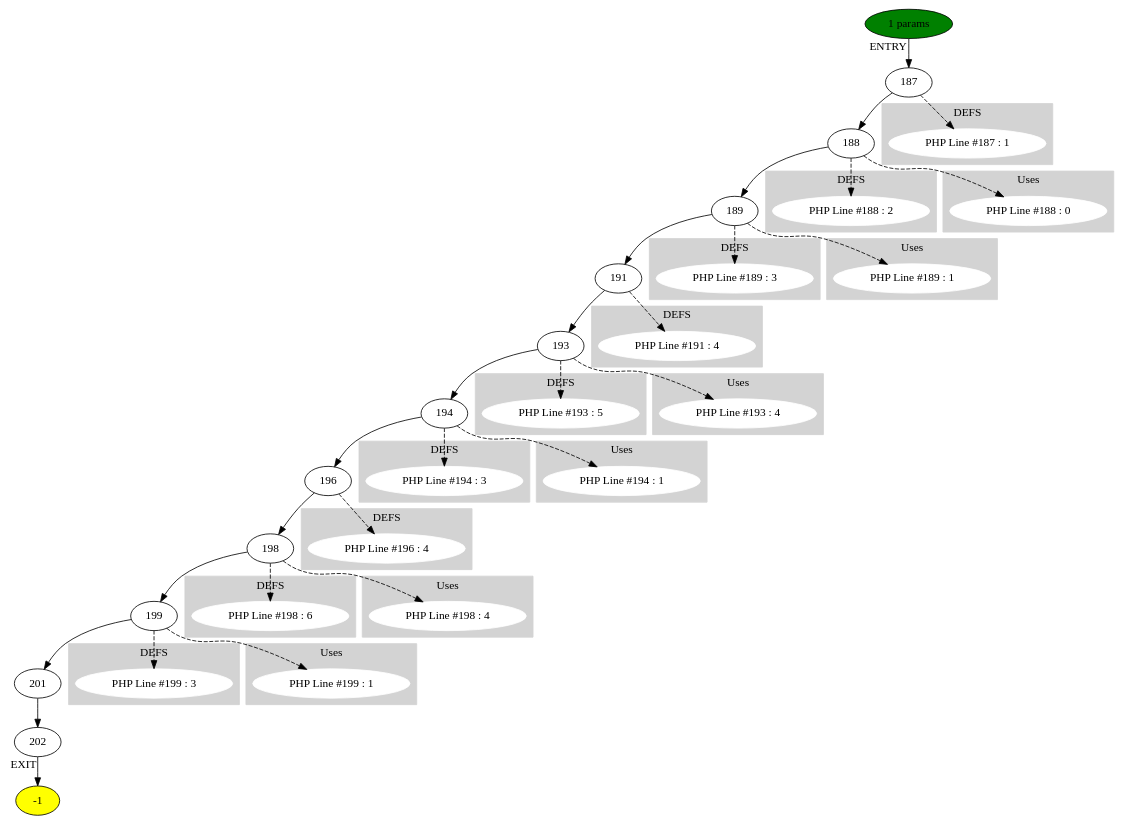
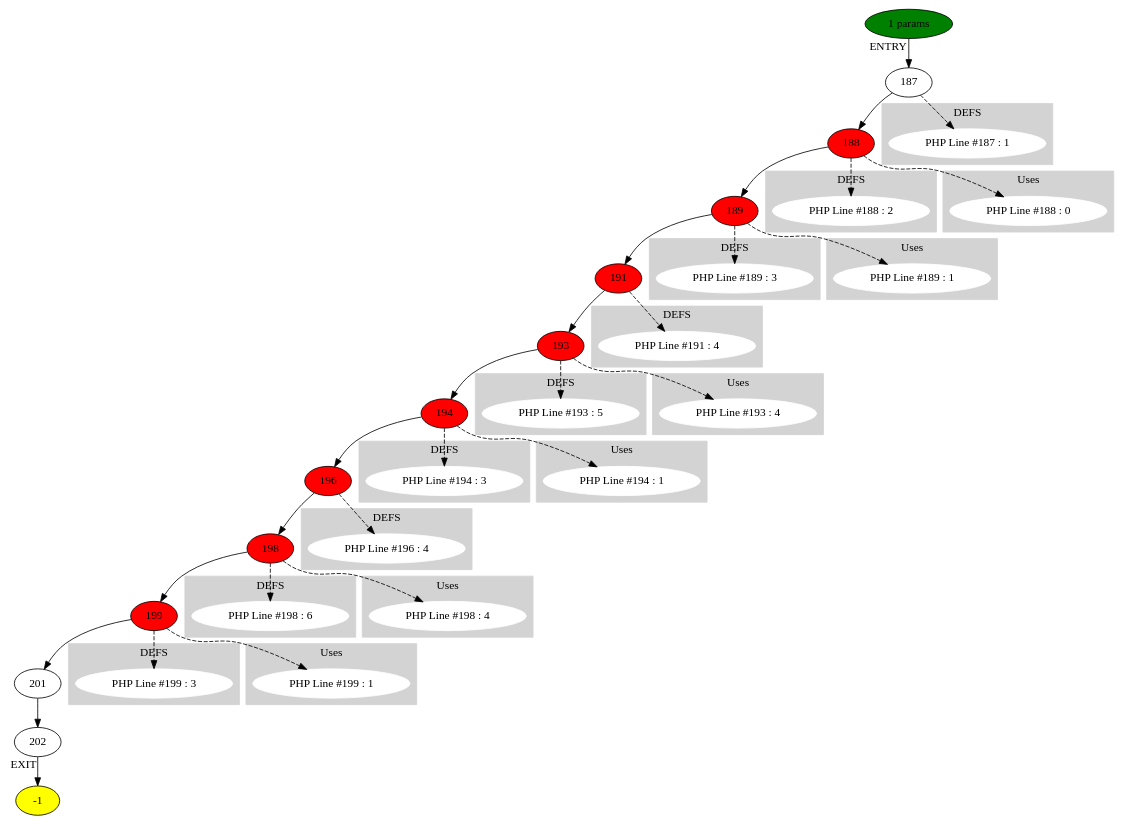
One commit to brianedmonds90/CFG-Hip-Hop changed the diagram in CFG_FROM_PHP/graphViz/assign_me_Function getGradebookIframe at 1932 (ID 9).dot. Above: the diagram before and after it, drawn with Graphviz. The commit also changed 27 other files, not shown here.

```diff
--- a/CFG_FROM_PHP/graphViz/assign_me_Function getGradebookIframe at 1932 (ID 9).dot
+++ b/CFG_FROM_PHP/graphViz/assign_me_Function getGradebookIframe at 1932 (ID 9).dot
@@ -1,141 +1,56 @@
 digraph testName {
-0 [label="187" tooltip="String
-VGetG
-BindL
-PopV
-"];
-1 [label="188" tooltip="String
-FPushFuncD
-String
-FPassCE
-FCall
-UnboxR
-String
-Concat
-FPushFuncD
-String
-CGetL
-Concat
-FPassCE
-FCall
-UnboxR
-Concat
-Concat
-SetL
-PopC
-"];
-2 [label="189" tooltip="CGetL
-FPushObjMethodD
-FPassL
-FCall
-UnboxR
-SetL
-PopC
-"];
-3 [label="191" tooltip="FPushFuncD
-FPassM
-FCall
-UnboxR
-SetL
-PopC
-"];
-4 [label="193" tooltip="String
-CGetL
-FPushObjMethodD
-String
-FPassCE
-Int
-FPassCE
-FCall
-CGetM
-Concat
-SetL
-PopC
-"];
-5 [label="194" tooltip="CGetL
-FPushObjMethodD
-FPassL
-FCall
-UnboxR
-SetL
-PopC
-"];
-6 [label="196" tooltip="FPushFuncD
-FPassM
-FCall
-UnboxR
-SetL
-PopC
-"];
-7 [label="198" tooltip="String
-CGetL
-FPushObjMethodD
-String
-FPassCE
-Int
-FPassCE
-FCall
-CGetM
-Concat
-SetL
-PopC
-"];
-8 [label="199" tooltip="CGetL
-FPushObjMethodD
-FPassL
-FCall
-UnboxR
-SetL
-PopC
-"];
-9 [label="201" tooltip="CGetM
-Print
-PopC
-"];
-10 [label="202" tooltip="Null
-RetC
-"];
+0 [label="187"];
+1 [label="188" , fillcolor = red, style = filled];
+2 [label="189" , fillcolor = red, style = filled];
+3 [label="191" , fillcolor = red, style = filled];
+4 [label="193" , fillcolor = red, style = filled];
+5 [label="194" , fillcolor = red, style = filled];
+6 [label="196" , fillcolor = red, style = filled];
+7 [label="198" , fillcolor = red, style = filled];
+8 [label="199" , fillcolor = red, style = filled];
+9 [label="201"];
+10 [label="202"];
 0 -> 1;
 1 -> 2;
 2 -> 3;
 3 -> 4;
 4 -> 5;
 5 -> 6;
 6 -> 7;
 7 -> 8;
 8 -> 9;
 9 -> 10;
 -2 -> 0[xlabel="ENTRY"];
 10 -> -1[xlabel="EXIT"];
 -2 [fillcolor = green, style = filled]-1 [fillcolor= yellow, style = filled] subgraph cluster_g_0 { style=filled; color=lightgrey; node [style=filled,color=white]; g_0[label= "PHP Line #187 : 1"];label = "DEFS";}
 0 -> g_0 [style="dashed"];
 subgraph cluster_g_1 { style=filled; color=lightgrey; node [style=filled,color=white]; g_1[label= "PHP Line #188 : 2"];label = "DEFS";}
 1 -> g_1 [style="dashed"];
 subgraph cluster_g_2 { style=filled; color=lightgrey; node [style=filled,color=white]; g_2[label= "PHP Line #189 : 3"];label = "DEFS";}
 2 -> g_2 [style="dashed"];
 subgraph cluster_g_3 { style=filled; color=lightgrey; node [style=filled,color=white]; g_3[label= "PHP Line #191 : 4"];label = "DEFS";}
 3 -> g_3 [style="dashed"];
 subgraph cluster_g_4 { style=filled; color=lightgrey; node [style=filled,color=white]; g_4[label= "PHP Line #193 : 5"];label = "DEFS";}
 4 -> g_4 [style="dashed"];
 subgraph cluster_g_5 { style=filled; color=lightgrey; node [style=filled,color=white]; g_5[label= "PHP Line #194 : 3"];label = "DEFS";}
 5 -> g_5 [style="dashed"];
 subgraph cluster_g_6 { style=filled; color=lightgrey; node [style=filled,color=white]; g_6[label= "PHP Line #196 : 4"];label = "DEFS";}
 6 -> g_6 [style="dashed"];
 subgraph cluster_g_7 { style=filled; color=lightgrey; node [style=filled,color=white]; g_7[label= "PHP Line #198 : 6"];label = "DEFS";}
 7 -> g_7 [style="dashed"];
 subgraph cluster_g_8 { style=filled; color=lightgrey; node [style=filled,color=white]; g_8[label= "PHP Line #199 : 3"];label = "DEFS";}
 8 -> g_8 [style="dashed"];
 subgraph cluster_use_1 { style=filled; color=lightgrey; node [style=filled,color=white]; use_1_0[label= "PHP Line #188 : 0"];label = "Uses";}
 1 -> use_1_0 [style="dashed"];
 subgraph cluster_use_2 { style=filled; color=lightgrey; node [style=filled,color=white]; use_2_1[label= "PHP Line #189 : 1"];label = "Uses";}
 2 -> use_2_1 [style="dashed"];
 subgraph cluster_use_4 { style=filled; color=lightgrey; node [style=filled,color=white]; use_4_4[label= "PHP Line #193 : 4"];label = "Uses";}
 4 -> use_4_4 [style="dashed"];
 subgraph cluster_use_5 { style=filled; color=lightgrey; node [style=filled,color=white]; use_5_1[label= "PHP Line #194 : 1"];label = "Uses";}
 5 -> use_5_1 [style="dashed"];
 subgraph cluster_use_7 { style=filled; color=lightgrey; node [style=filled,color=white]; use_7_4[label= "PHP Line #198 : 4"];label = "Uses";}
 7 -> use_7_4 [style="dashed"];
 subgraph cluster_use_8 { style=filled; color=lightgrey; node [style=filled,color=white]; use_8_1[label= "PHP Line #199 : 1"];label = "Uses";}
 8 -> use_8_1 [style="dashed"];
 -2 [label="1 params"];
 }
```
